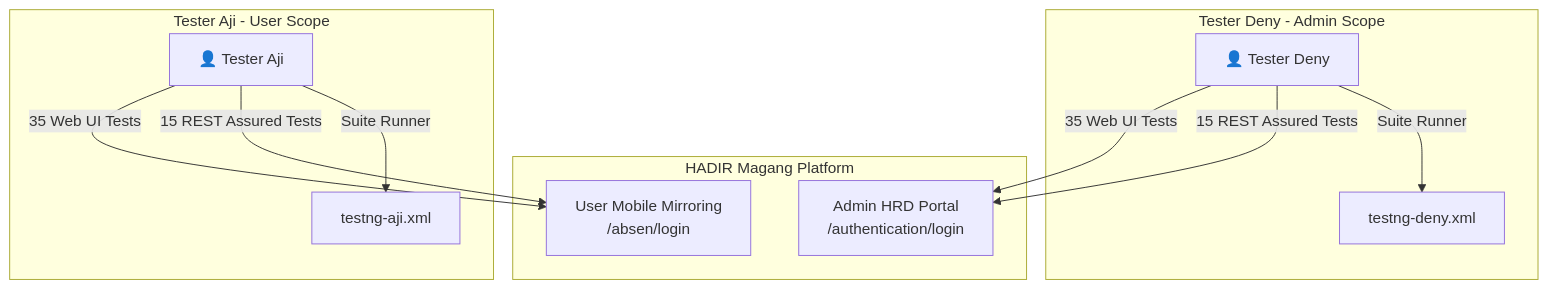
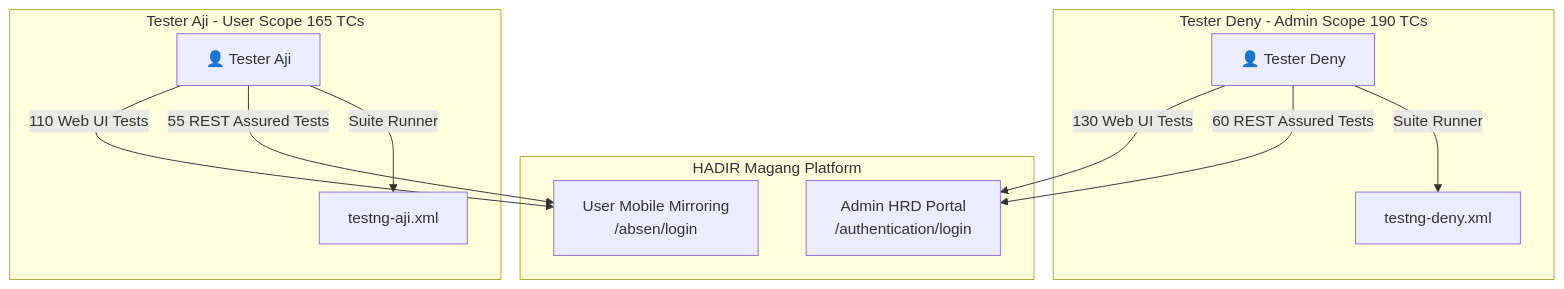
One commit to DenyIM/aji-deny-groupProject-sqa1-juaracoding changed the diagram in README.md. Above: the diagram before and after it, drawn with Mermaid. The commit also changed other lines of this file and 3 other files, not shown here.

````diff
--- a/README.md
+++ b/README.md
@@ -46,19 +46,19 @@
 ```mermaid
 flowchart TD
     subgraph HADIR Magang Platform
         ADM[Admin HRD Portal\n/authentication/login]
         USR[User Mobile Mirroring\n/absen/login]
     end
 
-    subgraph Tester Deny - Admin Scope
-        D[👤 Tester Deny] -->|35 Web UI Tests| ADM
-        D -->|15 REST Assured Tests| ADM
+    subgraph Tester Deny - Admin Scope 190 TCs
+        D[👤 Tester Deny] -->|130 Web UI Tests| ADM
+        D -->|60 REST Assured Tests| ADM
         D -->|Suite Runner| RD[testng-deny.xml]
     end
 
-    subgraph Tester Aji - User Scope
-        A[👤 Tester Aji] -->|35 Web UI Tests| USR
-        A -->|15 REST Assured Tests| USR
+    subgraph Tester Aji - User Scope 165 TCs
+        A[👤 Tester Aji] -->|110 Web UI Tests| USR
+        A -->|55 REST Assured Tests| USR
         A -->|Suite Runner| RA[testng-aji.xml]
     end
 ```
````
